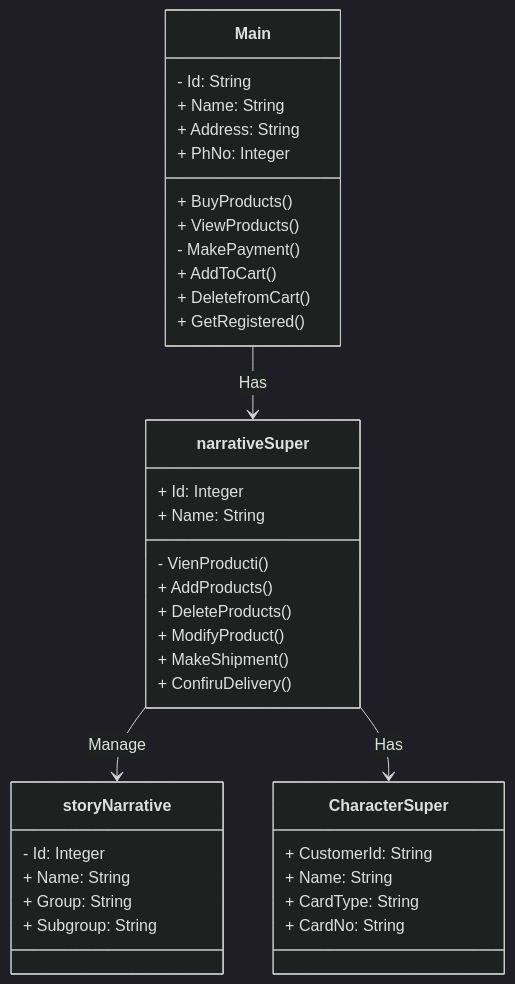
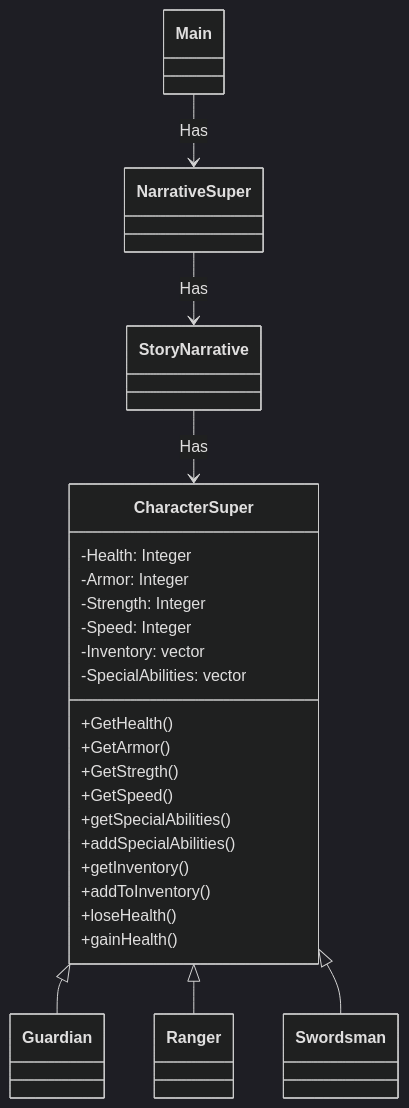
Before and after one commit to Canada101/sd: the first of 2 diagrams in README.md, drawn with Mermaid (dark theme). The commit also changed other lines of this file and 2 other files, not shown here.

Commit message:
made changes to the logical view and process view

````diff
--- a/README.md
+++ b/README.md
@@ -19,47 +19,53 @@
 ```mermaid
   classDiagram
-    class narrativeSuper {
-      + Id: Integer
-      + Name: String
-      - VienProducti()
-      + AddProducts()
-      + DeleteProducts()
-      + ModifyProduct()
-      + MakeShipment()
-      + ConfiruDelivery()
+    class NarrativeSuper {
+
     }
 
-    class Main {
-      - Id: String
-      + Name: String
-      + Address: String
-      + PhNo: Integer
-      + BuyProducts()
-      + ViewProducts()
-      - MakePayment()
-      + AddToCart()
-      + DeletefromCart()
+    class StoryNarrative{
+
+    }
+
+    class Main { 
+     
     }
 
     class CharacterSuper{
-      + CustomerId: String
-      + Name: String
-      + CardType: String
-      + CardNo: String
+      -Health: Integer
+      -Armor: Integer
+      -Strength: Integer
+      -Speed: Integer
+      -Inventory: vector<String>
+      -SpecialAbilities: vector<String>
+      +GetHealth()
+      +GetArmor()
+      +GetStregth()
+      +GetSpeed()
+      +getSpecialAbilities()
+      +addSpecialAbilities()
+      +getInventory()
+      +addToInventory()
+      +loseHealth()
+      +gainHealth()
     }
 
-    class storyNarrative {
-      - Id: Integer
-      + Name: String
-      + Group: String
-      + Subgroup: String
+    class Guardian{
+
     }
 
-    class Main {
-      + GetRegistered()
+    class Swordsman{
+
     }
 
-    narrativeSuper --> storyNarrative : Manage
-    Main --> narrativeSuper : Has
-    narrativeSuper --> CharacterSuper : Has
+    class Ranger{
+
+    }
+
+
+    Main --> NarrativeSuper : Has
+    NarrativeSuper --> StoryNarrative : Has
+    StoryNarrative --> CharacterSuper : Has
+    CharacterSuper <|-- Guardian 
+    CharacterSuper <|-- Ranger
+    CharacterSuper <|-- Swordsman
 ```
````
